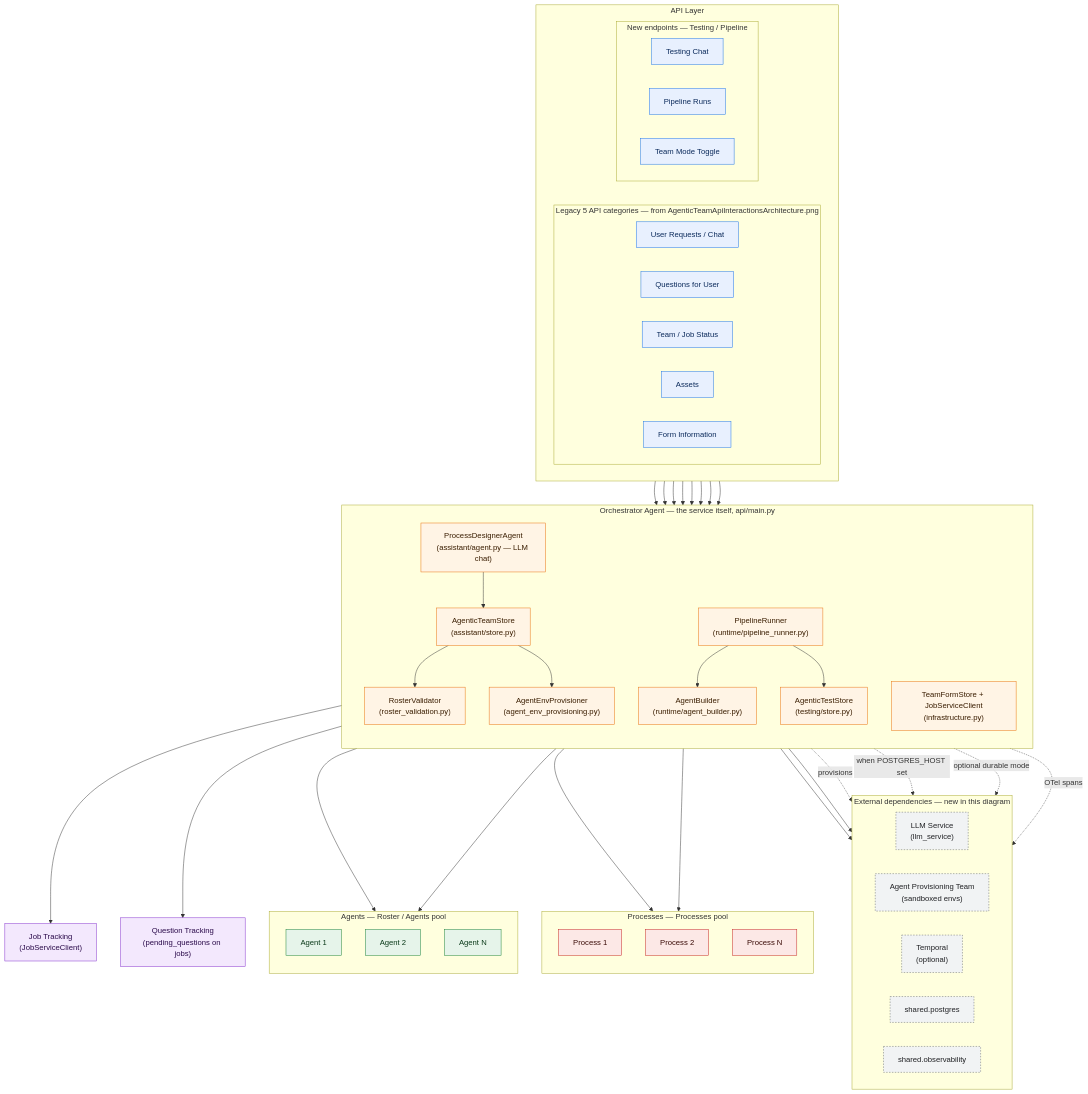
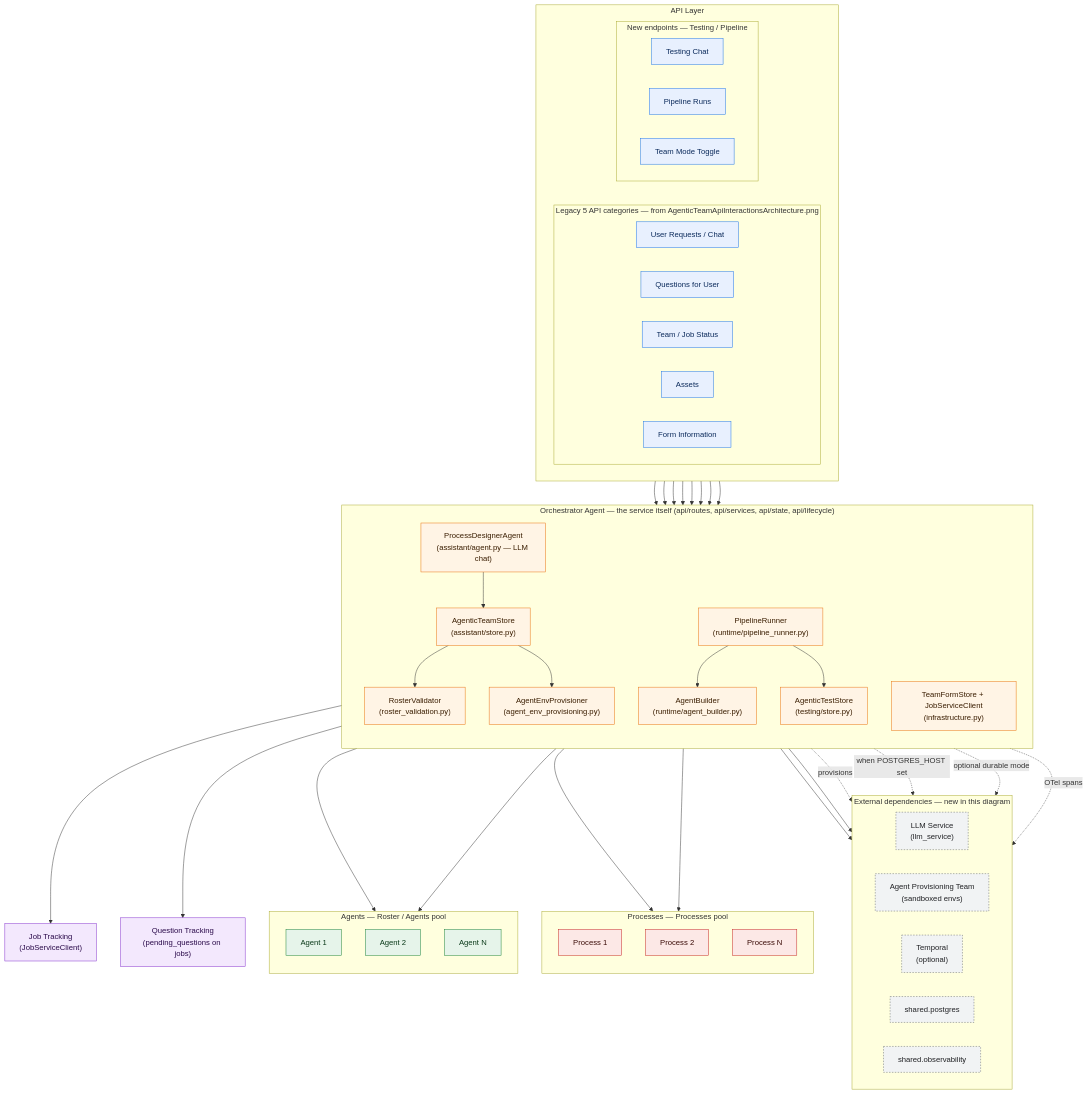
One commit to brandonkindred/Khala-Agentic-AI-Teams changed the first of 3 diagrams in backend/agents/agent_team_studio/agentic_team_provisioning/system_design/architecture.md. Above: the diagram before and after it, drawn with Mermaid. The commit also changed other lines of this file and 7 other files, not shown here.

First line of the commit message:
Refresh agentic_team_provisioning architecture docs and fix its test suite (#7121)

```diff
--- a/backend/agents/agent_team_studio/agentic_team_provisioning/system_design/architecture.md
+++ b/backend/agents/agent_team_studio/agentic_team_provisioning/system_design/architecture.md
@@ -30,7 +30,7 @@
     end
 
     %% ---- Orchestrator Agent (middle) — new decomposition ----
-    subgraph OrchestratorAgent["Orchestrator Agent — the service itself, api/main.py"]
+    subgraph OrchestratorAgent["Orchestrator Agent — the service itself (api/routes, api/services, api/state, api/lifecycle)"]
         direction TB
         PDA["ProcessDesignerAgent<br/>(assistant/agent.py — LLM chat)"]
         RosterValidator["RosterValidator<br/>(roster_validation.py)"]
```
